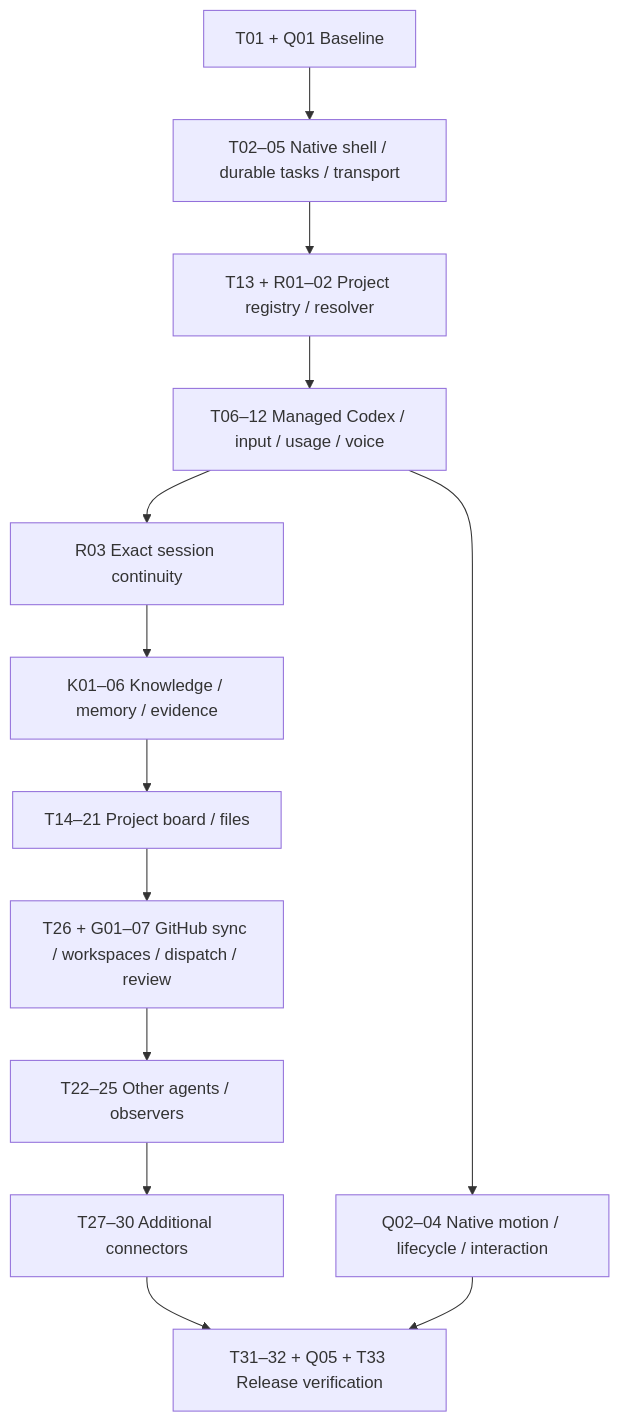
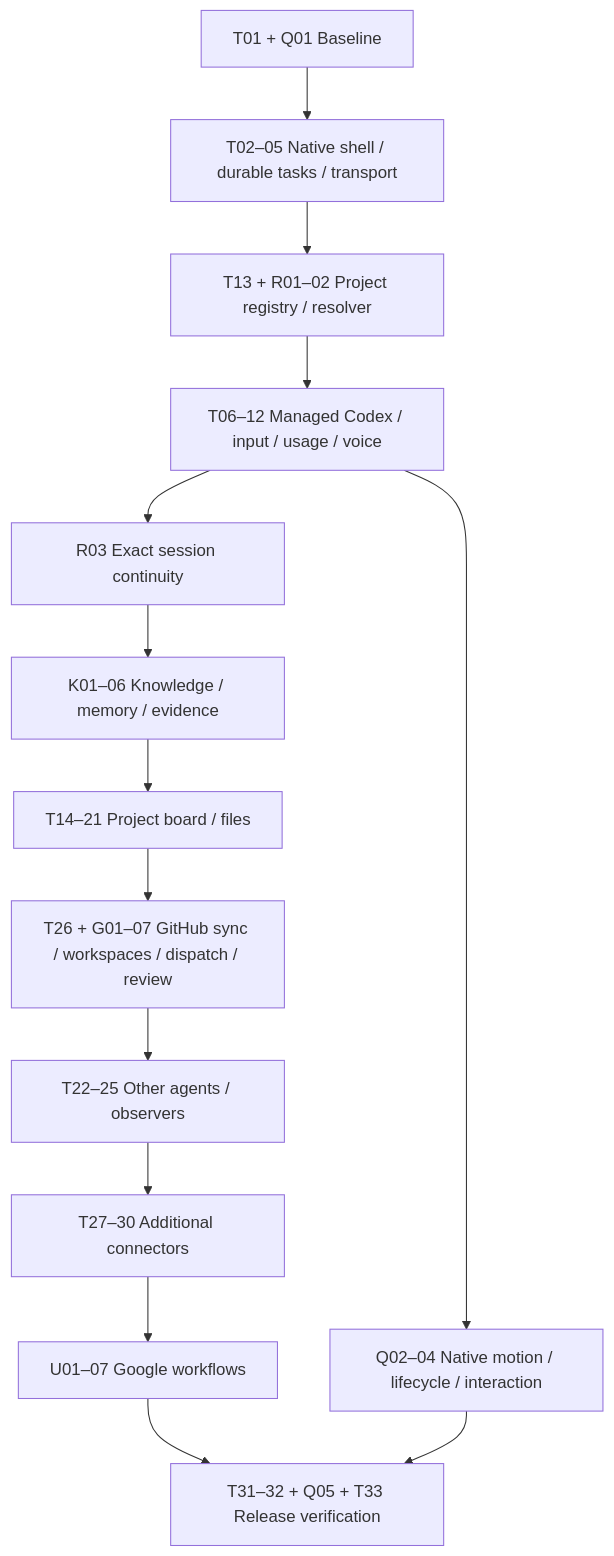
One commit to Ilexpwh/Mochlet changed the diagram in tasks/plan.md. Above: the diagram before and after it, drawn with Mermaid. The commit also changed other lines of this file and 7 other files, not shown here.

````diff
--- a/tasks/plan.md
+++ b/tasks/plan.md
@@ -46,15 +48,16 @@
 ```mermaid
 flowchart TD
   A[T01 + Q01 Baseline] --> B[T02–05 Native shell / durable tasks / transport]
   B --> P[T13 + R01–02 Project registry / resolver]
   P --> C[T06–12 Managed Codex / input / usage / voice]
   C --> R[R03 Exact session continuity]
   C --> Q[Q02–04 Native motion / lifecycle / interaction]
   R --> K[K01–06 Knowledge / memory / evidence]
   K --> F[T14–21 Project board / files]
   F --> G[T26 + G01–07 GitHub sync / workspaces / dispatch / review]
   G --> M[T22–25 Other agents / observers]
   M --> I[T27–30 Additional connectors]
-  I --> Z[T31–32 + Q05 + T33 Release verification]
+  I --> W[U01–07 Google workflows]
+  W --> Z[T31–32 + Q05 + T33 Release verification]
   Q --> Z
 ```
````
